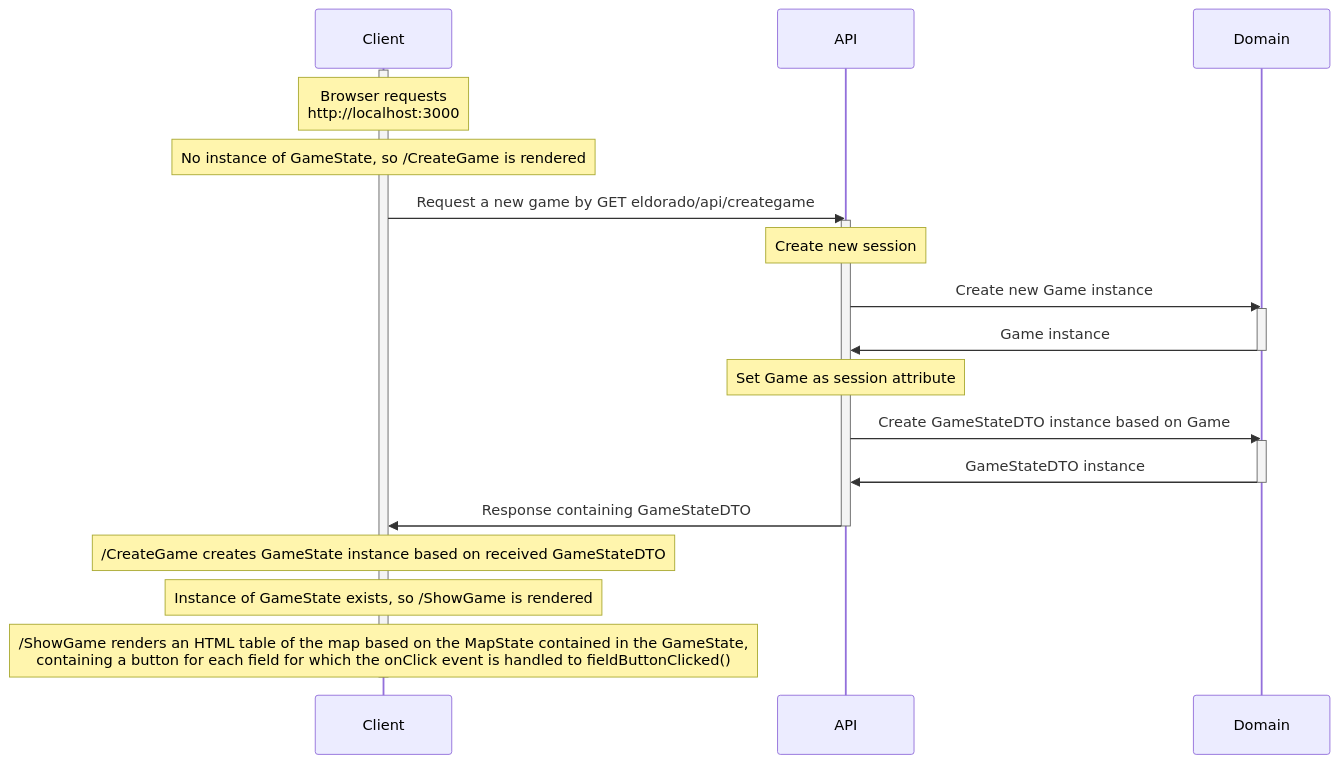
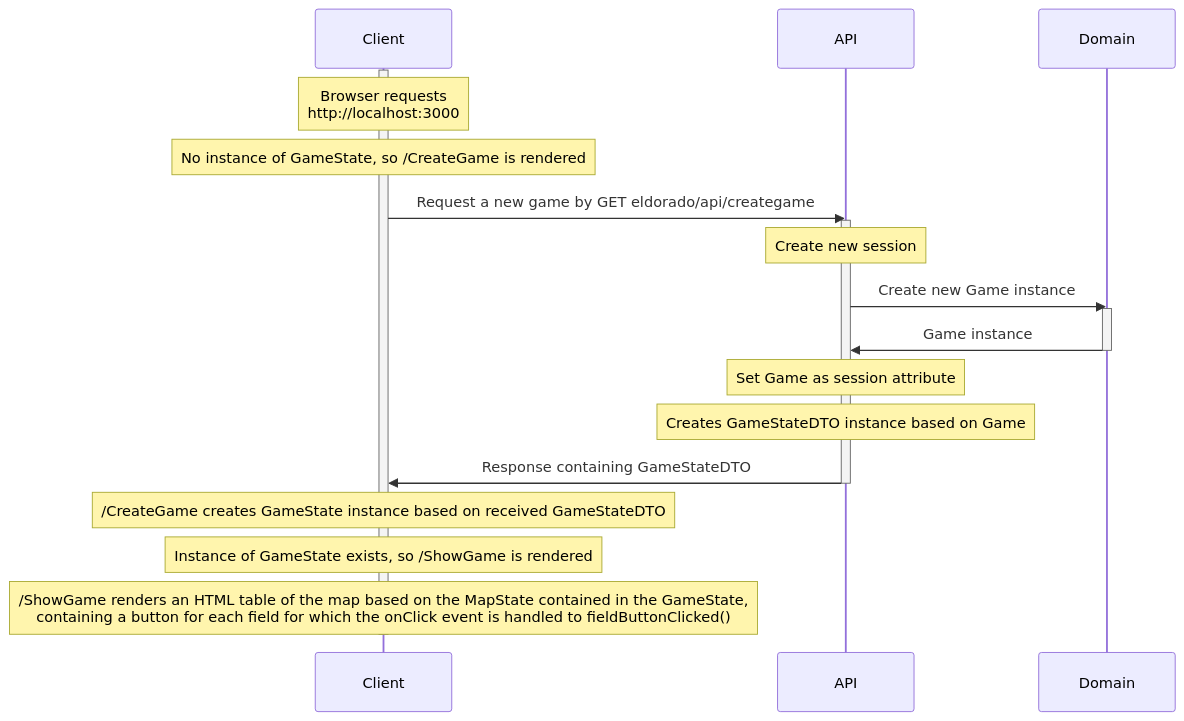
Before and after one commit to stijnlinderman/eldorado: the first of 8 diagrams in ARCHITECTURE.md, drawn with Mermaid. The commit also changed other lines of this file, not shown here.

````diff
--- a/ARCHITECTURE.md
+++ b/ARCHITECTURE.md
@@ -5,27 +5,24 @@
 ```mermaid
 sequenceDiagram
     participant Client
     participant API
     participant Domain
     activate Client
     Note over Client: Browser requests<br>http://localhost:3000
     Note over Client: No instance of GameState, so /CreateGame is rendered
     Client->>API: Request a new game by GET eldorado/api/creategame
     activate API
     Note over API: Create new session
     API->>Domain: Create new Game instance
     activate Domain
     Domain->>API: Game instance
     deactivate Domain
     Note over API: Set Game as session attribute
-    API->>Domain: Create GameStateDTO instance based on Game
-    activate Domain
-    Domain->>API: GameStateDTO instance
-    deactivate Domain
+    Note over API: Creates GameStateDTO instance based on Game
     API->>Client: Response containing GameStateDTO
     deactivate API
     Note over Client: /CreateGame creates GameState instance based on received GameStateDTO
     Note over Client: Instance of GameState exists, so /ShowGame is rendered
     Note over Client: /ShowGame renders an HTML table of the map based on the MapState contained in the GameState,<br>containing a button for each field for which the onClick event is handled to fieldButtonClicked()
     deactivate Client
 ```
````
